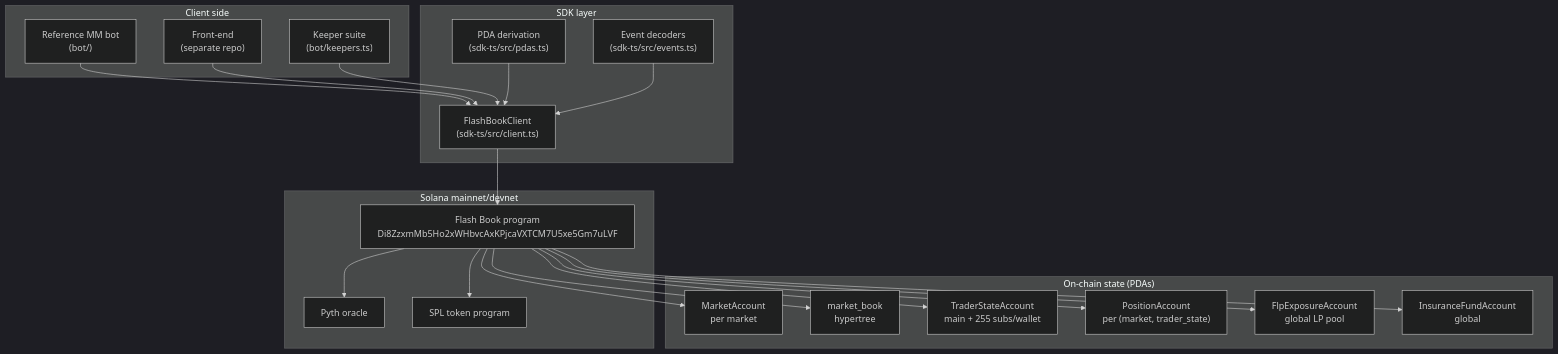
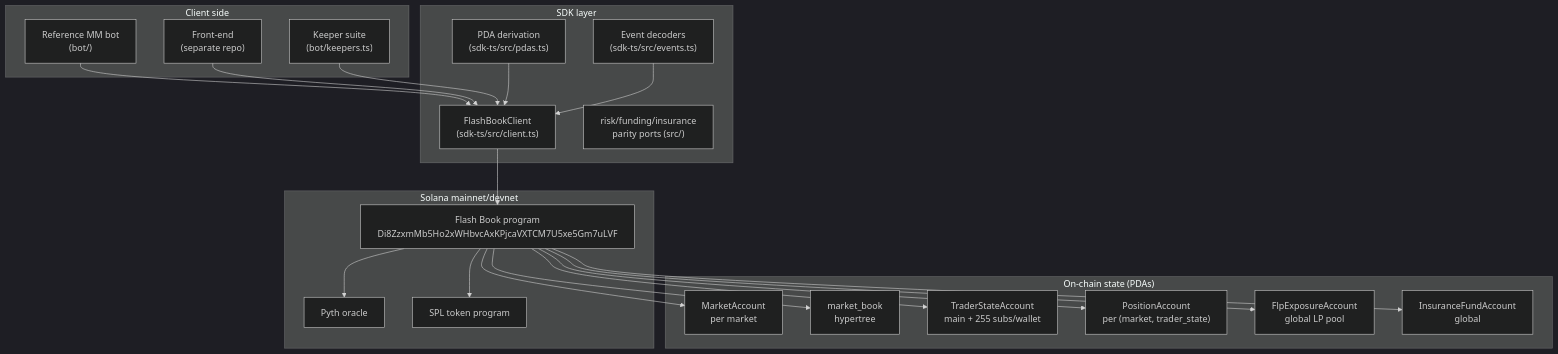
The first of 8 diagrams in docs/DIAGRAMS.md (Abdr007/flash-book), drawn with Mermaid (dark theme) before and after one commit. The commit also changed other lines of this file and 11 other files, not shown here.

````diff
--- a/docs/DIAGRAMS.md
+++ b/docs/DIAGRAMS.md
@@ -9,44 +9,45 @@
 ```mermaid
 flowchart TB
     subgraph clients["Client side"]
         bot["Reference MM bot<br/>(bot/)"]
         ui["Front-end<br/>(separate repo)"]
         keeper["Keeper suite<br/>(bot/keepers.ts)"]
     end
 
     subgraph sdk["SDK layer"]
         client["FlashBookClient<br/>(sdk-ts/src/client.ts)"]
         pdas["PDA derivation<br/>(sdk-ts/src/pdas.ts)"]
         events["Event decoders<br/>(sdk-ts/src/events.ts)"]
+        parity["risk/funding/insurance<br/>parity ports (src/)"]
     end
 
     subgraph chain["Solana mainnet/devnet"]
         program["Flash Book program<br/>Di8ZzxmMb5Ho2xWHbvcAxKPjcaVXTCM7U5xe5Gm7uLVF"]
         pyth["Pyth oracle"]
         spl["SPL token program"]
     end
 
     subgraph storage["On-chain state (PDAs)"]
         market["MarketAccount<br/>per market"]
         book["market_book<br/>hypertree"]
         ts["TraderStateAccount<br/>main + 255 subs/wallet"]
         pos["PositionAccount<br/>per (market, trader_state)"]
         flp["FlpExposureAccount<br/>global LP pool"]
         ifund["InsuranceFundAccount<br/>global"]
     end
 
     bot --> client
     ui --> client
     keeper --> client
     client --> program
     pdas --> client
     events --> client
     program --> market
     program --> book
     program --> ts
     program --> pos
     program --> flp
     program --> ifund
     program --> pyth
     program --> spl
 ```
````
